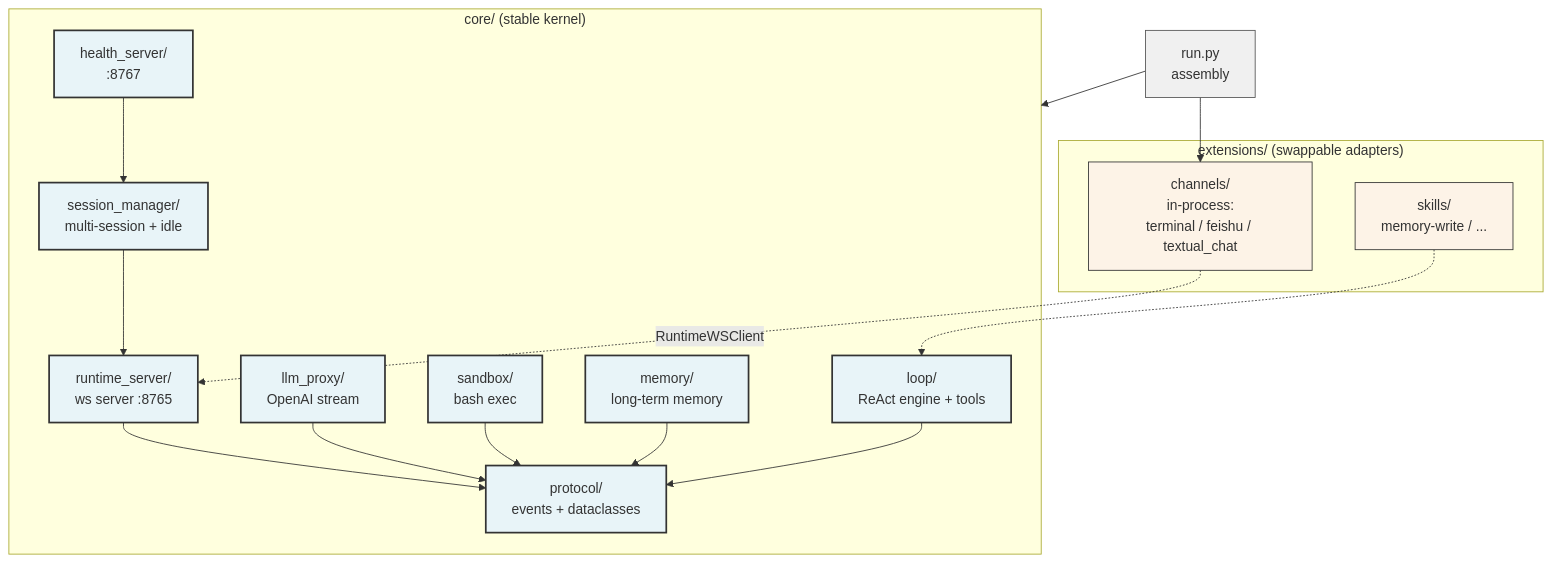
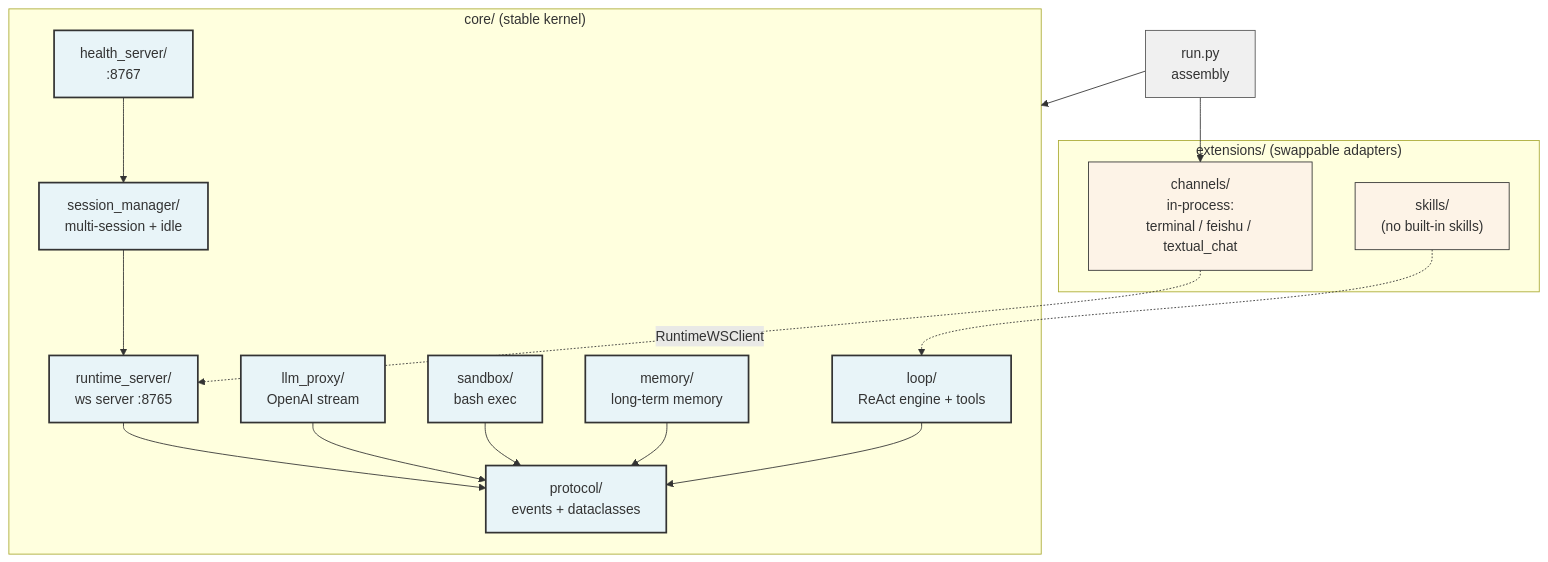
Before and after one commit to halcyonway/MonoX: the diagram in README.md, drawn with Mermaid. The commit also changed other lines of this file and 31 other files, not shown here.

````diff
--- a/README.md
+++ b/README.md
@@ -21,41 +21,41 @@
 ```mermaid
 graph TB
     subgraph Core["core/ (stable kernel)"]
         Protocol["protocol/<br/>events + dataclasses"]
         Loop["loop/<br/>ReAct engine + tools"]
         LLMP["llm_proxy/<br/>OpenAI stream"]
         Sandbox["sandbox/<br/>bash exec"]
         Memory["memory/<br/>long-term memory"]
         Server["runtime_server/<br/>ws server :8765"]
         Session["session_manager/<br/>multi-session + idle"]
         Health["health_server/<br/>:8767"]
     end
 
     subgraph Extensions["extensions/ (swappable adapters)"]
         Channels["channels/<br/>in-process:<br/>terminal / feishu / textual_chat"]
-        Skills["skills/<br/>memory-write / ..."]
+        Skills["skills/<br/>(no built-in skills)"]
     end
 
     Run["run.py<br/>assembly"]
 
     Loop --> Protocol
     LLMP --> Protocol
     Sandbox --> Protocol
     Memory --> Protocol
     Server --> Protocol
     Session --> Server
     Health --> Session
 
     Channels -.RuntimeWSClient.-> Server
     Skills -.-> Loop
 
     Run --> Core
     Run --> Channels
 
     classDef core fill:#e8f4f8,stroke:#333,stroke-width:2px
     classDef ext fill:#fdf3e7,stroke:#333,stroke-width:1px
     classDef run fill:#f0f0f0,stroke:#555
     class Protocol,Loop,LLMP,Sandbox,Memory,Server,Session,Health core
     class Channels,Skills ext
     class Run run
 ```
````
